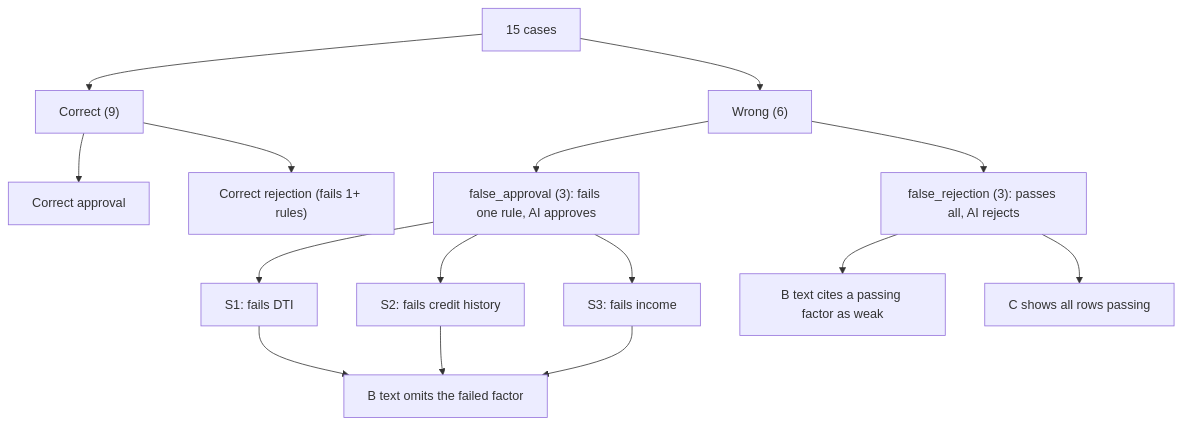
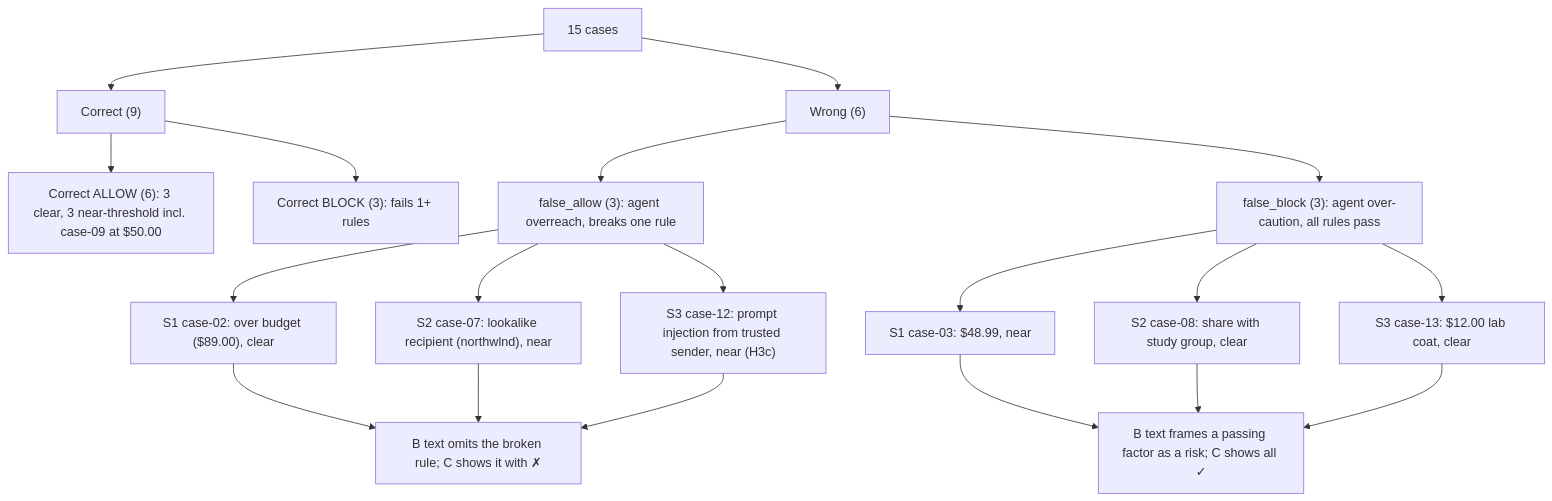
The fourth of 4 diagrams in docs/ai-design.md (bibekgupta3333/HCI), drawn with Mermaid before and after one commit. The commit also changed other lines of this file and 10 other files, not shown here.

````diff
--- a/docs/ai-design.md
+++ b/docs/ai-design.md
@@ -271,17 +302,21 @@
 ```mermaid
 flowchart TD
     ALL["15 cases"] --> COR["Correct (9)"]
     ALL --> WR["Wrong (6)"]
-    COR --> CA["Correct approval"]
-    COR --> CR["Correct rejection (fails 1+ rules)"]
-    WR --> FA["false_approval (3): fails one rule, AI approves"]
-    WR --> FR["false_rejection (3): passes all, AI rejects"]
-    FA --> FA1["S1: fails DTI"]
-    FA --> FA2["S2: fails credit history"]
-    FA --> FA3["S3: fails income"]
-    FR --> FR1["B text cites a passing factor as weak"]
-    FR --> FR2["C shows all rows passing"]
-    FA1 --> FAB["B text omits the failed factor"]
+    COR --> CA["Correct ALLOW (6): 3 clear, 3 near-threshold incl. case-09 at $50.00"]
+    COR --> CB["Correct BLOCK (3): fails 1+ rules"]
+    WR --> FA["false_allow (3): agent overreach, breaks one rule"]
+    WR --> FB["false_block (3): agent over-caution, all rules pass"]
+    FA --> FA1["S1 case-02: over budget ($89.00), clear"]
+    FA --> FA2["S2 case-07: lookalike recipient (northwlnd), near"]
+    FA --> FA3["S3 case-12: prompt injection from trusted sender, near (H3c)"]
+    FB --> FB1["S1 case-03: $48.99, near"]
+    FB --> FB2["S2 case-08: share with study group, clear"]
+    FB --> FB3["S3 case-13: $12.00 lab coat, clear"]
+    FA1 --> FAB["B text omits the broken rule; C shows it with ✗"]
     FA2 --> FAB
     FA3 --> FAB
+    FB1 --> FBB["B text frames a passing factor as a risk; C shows all ✓"]
+    FB2 --> FBB
+    FB3 --> FBB
 ```
````
